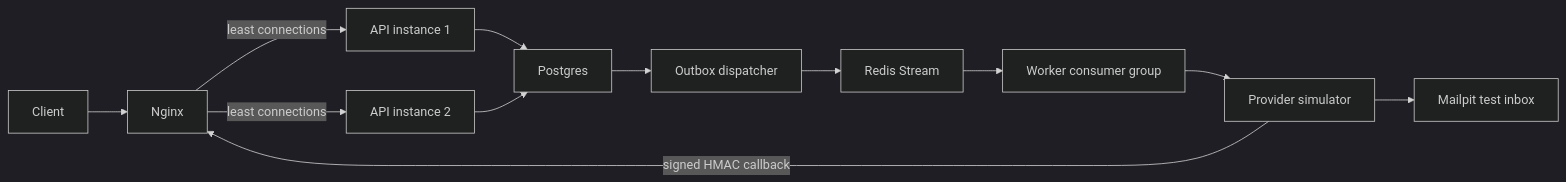
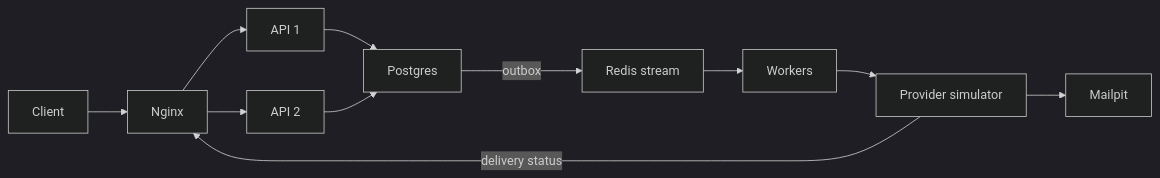
Before and after one commit to snowflake1224/reliable-notification-platform: the diagram in README.md, drawn with Mermaid (dark theme). The commit also changed other lines of this file and 64 other files, not shown here.

````diff
--- a/README.md
+++ b/README.md
@@ -30,14 +7,13 @@
 ```mermaid
 flowchart LR
   Client --> Nginx
-  Nginx -->|"least connections"| Api1["API instance 1"]
-  Nginx -->|"least connections"| Api2["API instance 2"]
+  Nginx --> Api1["API 1"]
+  Nginx --> Api2["API 2"]
   Api1 --> Postgres
   Api2 --> Postgres
-  Postgres --> Outbox["Outbox dispatcher"]
-  Outbox --> Redis["Redis Stream"]
-  Redis --> Workers["Worker consumer group"]
+  Postgres -->|outbox| Redis["Redis stream"]
+  Redis --> Workers
   Workers --> Provider["Provider simulator"]
-  Provider --> Mailpit["Mailpit test inbox"]
-  Provider -->|"signed HMAC callback"| Nginx
+  Provider --> Mailpit
+  Provider -->|delivery status| Nginx
 ```
````
